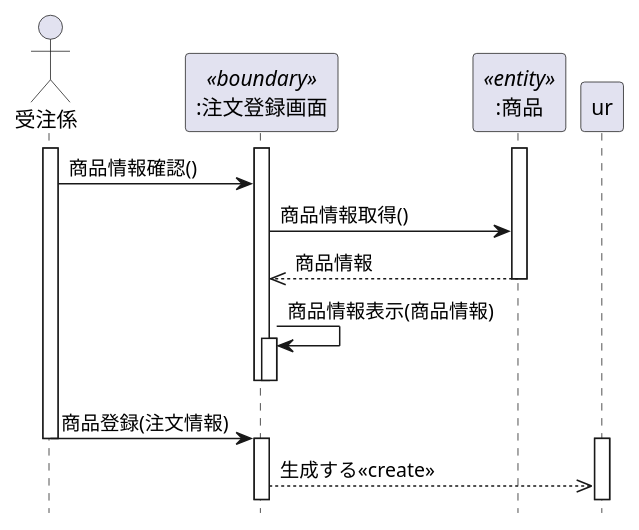
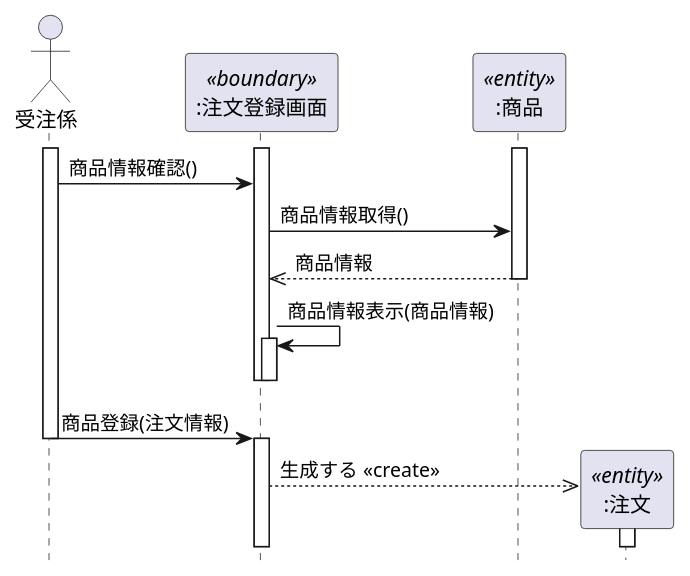
The diagram in 演習4-4_SD_商品注文.pu (masakan590/uml-introduction), drawn with PlantUML before and after one commit. The commit also changed 3 other files, not shown here.

```diff
--- a/演習4-4_SD_商品注文.pu
+++ b/演習4-4_SD_商品注文.pu
@@ -1,24 +1,25 @@
 @startuml
 hide footbox
 Actor 受注係 as user 
 participant ":注文登録画面" as boundary <<boundary>>
 participant ":商品" as entity <<entity>>
+participant ":注文" as ent <<entity>>
 activate user
 activate boundary 
 activate entity  
 user -> boundary :商品情報確認()
 boundary -> entity :商品情報取得() 
 entity -->> boundary :商品情報
 deactivate entity
 boundary -> boundary :商品情報表示(商品情報)
 activate boundary
 deactivate boundary
 deactivate boundary 
 user -> boundary :商品登録(注文情報)
 deactivate user 
 activate boundary
-activate ur 
-create ":注文" as ur <<entity>>
-boundary -->> ur : 生成する<< create >> 
-
+create ent 
+boundary -->> ent :生成する <<create>>
+activate ent 
+deactivate ent 
 @enduml
```
